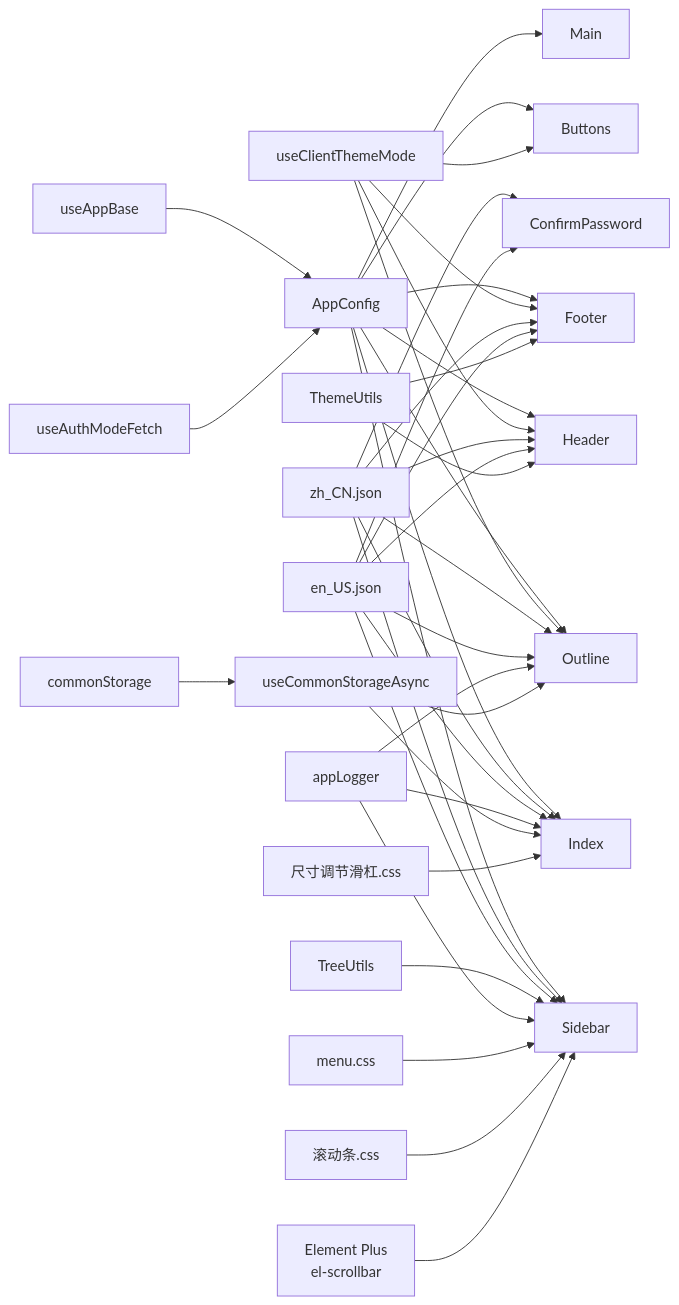
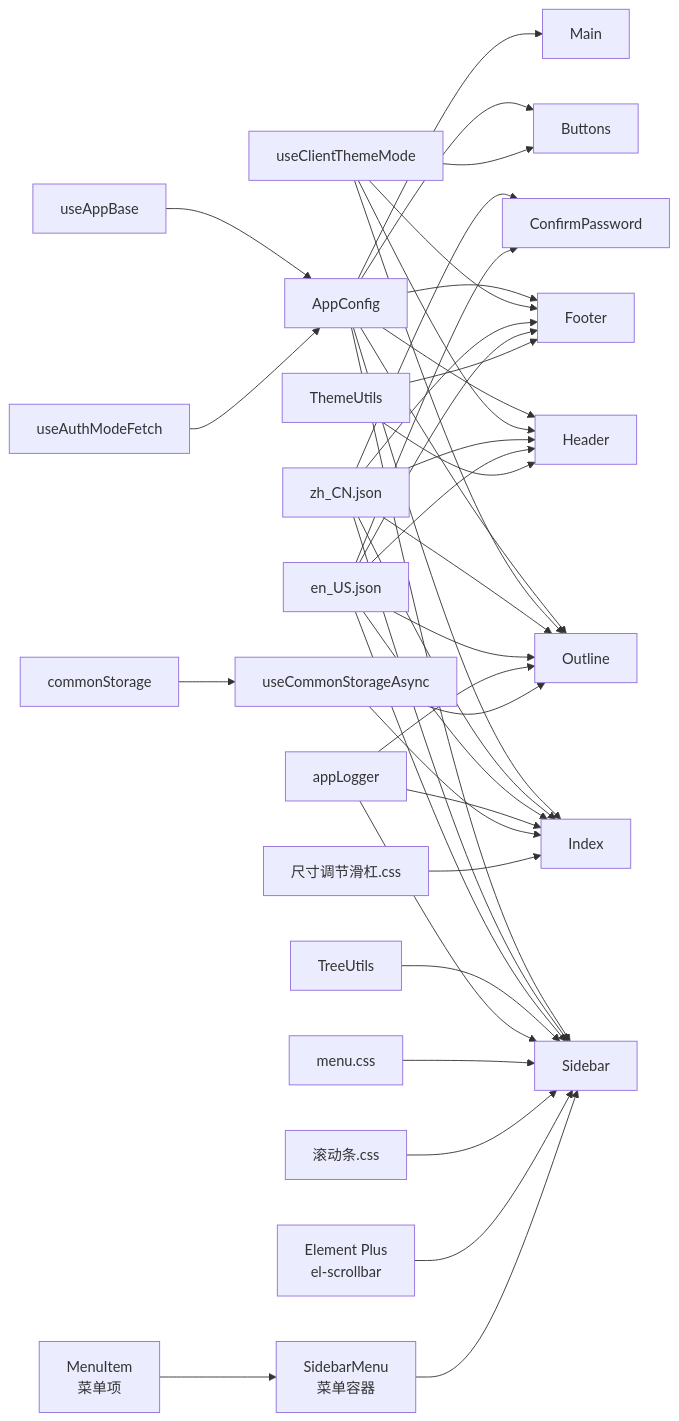
One commit to terwer/siyuan-plugin-blog changed diagram 17 of 17 in .qoder/repowiki/zh/content/核心功能/UI 组件系统/UI 组件系统.md. Above: the diagram before and after it, drawn with Mermaid. The commit also changed other lines of this file and 8 other files, not shown here.

````diff
--- a/.qoder/repowiki/zh/content/核心功能/UI 组件系统/UI 组件系统.md
+++ b/.qoder/repowiki/zh/content/核心功能/UI 组件系统/UI 组件系统.md
@@ -985,41 +1076,43 @@
 ```mermaid
 graph LR
 AC["AppConfig"] --> H["Header"]
 AC --> F["Footer"]
 AC --> S["Sidebar"]
 AC --> I["Index"]
 AC --> O["Outline"]
 AC --> B["Buttons"]
 AC --> M["Main"]
 TM["useClientThemeMode"] --> H
 TM --> F
 TM --> B
 TM --> O
 ZH["zh_CN.json"] --> H
 ZH --> F
 ZH --> S
 ZH --> I
 ZH --> O
 ZH --> CP["ConfirmPassword"]
 EN["en_US.json"] --> H
 EN --> F
 EN --> S
 EN --> I
 EN --> O
 EN --> CP
 TU["ThemeUtils"] --> H
 TU --> F
 TR["TreeUtils"] --> S
 AL["appLogger"] --> S
 AL --> I
 AL --> O
 AB["useAppBase"] --> AC
 AF["useAuthModeFetch"] --> AC
 UCS["useCommonStorageAsync"] --> I
 UCS --> O
 CS["commonStorage"] --> UCS
 MCSS["menu.css"] --> S
 SLIDER["尺寸调节滑杠.css"] --> I
 SCROLL["滚动条.css"] --> S
 ES["Element Plus<br/>el-scrollbar"] --> S
+SM["SidebarMenu<br/>菜单容器"] --> S
+MI["MenuItem<br/>菜单项"] --> SM
 ```
````
